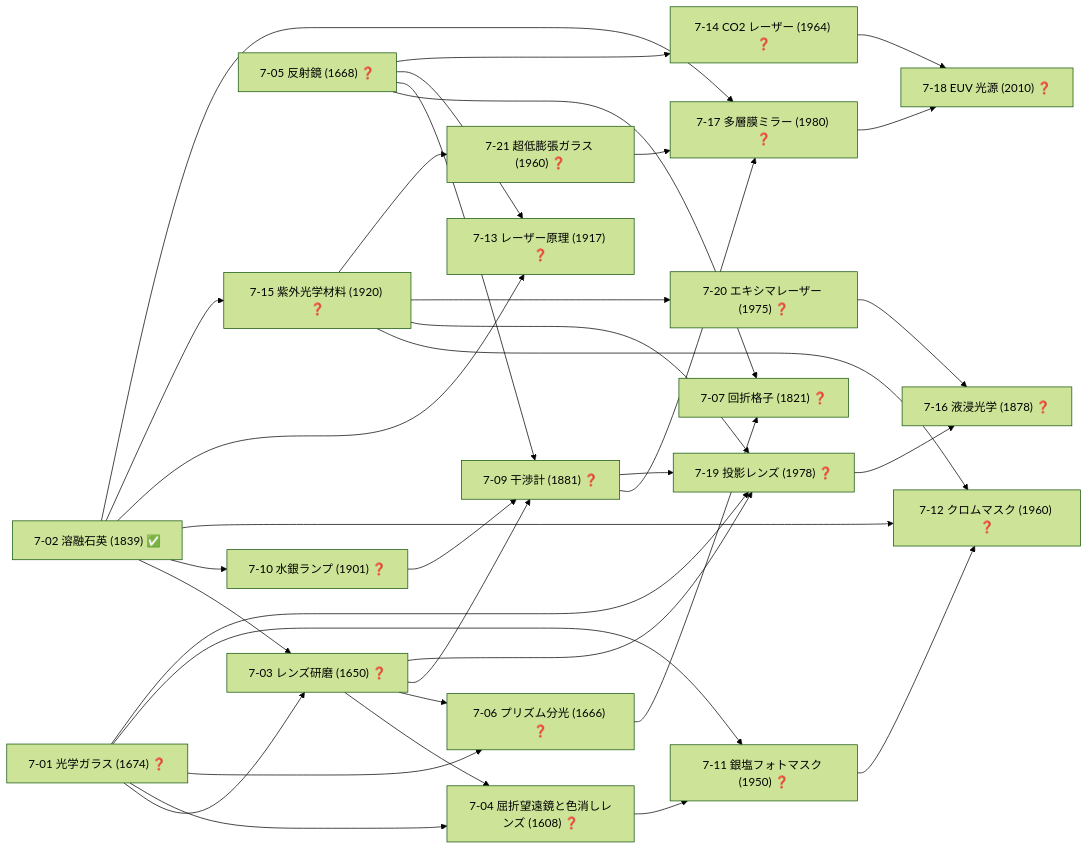
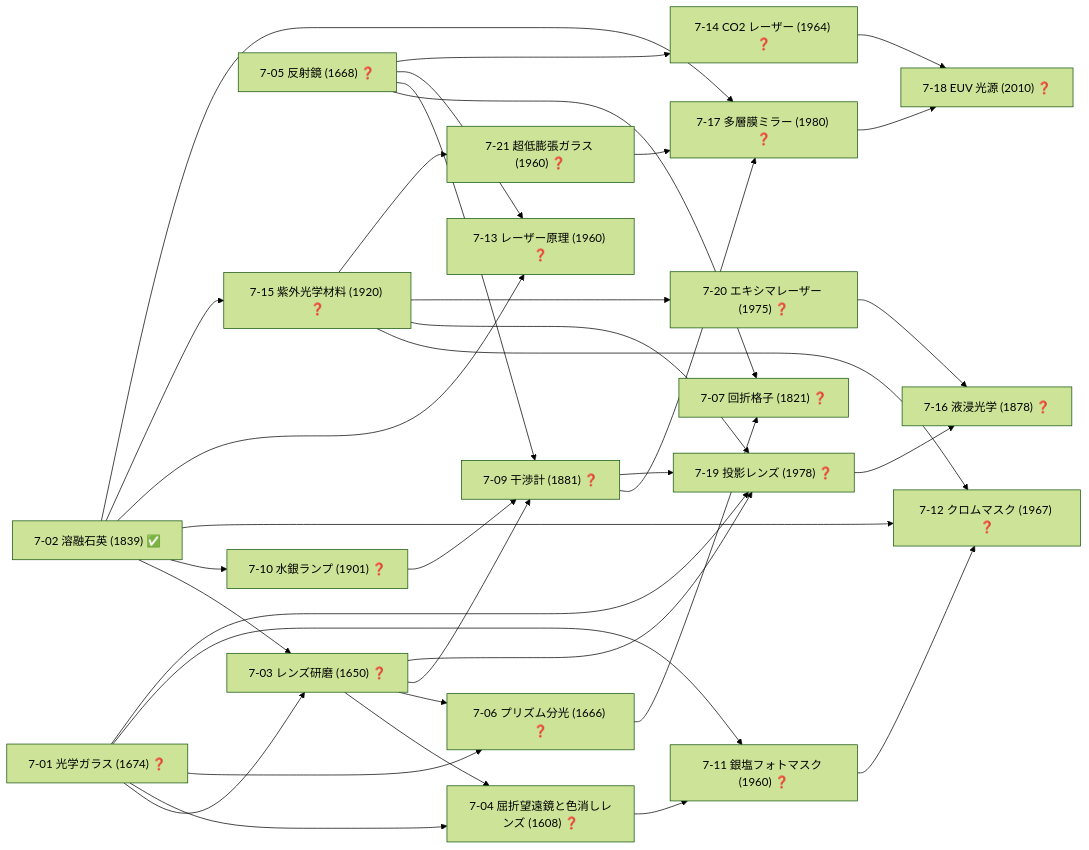
The tenth of 19 diagrams in docs/TECH_TREE_VIEW.md (taku3i0317-collab/semiconductor-lab), drawn with Mermaid (forest theme) before and after one commit. The commit also changed other lines of this file and 7 other files, not shown here.

````diff
--- a/docs/TECH_TREE_VIEW.md
+++ b/docs/TECH_TREE_VIEW.md
@@ -449,57 +449,57 @@
 ```mermaid
 graph LR
   n7_01["7-01 光学ガラス (1674) ❓"]
   n7_02["7-02 溶融石英 (1839) ✅"]
   n7_03["7-03 レンズ研磨 (1650) ❓"]
   n7_04["7-04 屈折望遠鏡と色消しレンズ (1608) ❓"]
   n7_05["7-05 反射鏡 (1668) ❓"]
   n7_06["7-06 プリズム分光 (1666) ❓"]
   n7_07["7-07 回折格子 (1821) ❓"]
   n7_09["7-09 干渉計 (1881) ❓"]
   n7_10["7-10 水銀ランプ (1901) ❓"]
-  n7_11["7-11 銀塩フォトマスク (1950) ❓"]
-  n7_12["7-12 クロムマスク (1960) ❓"]
-  n7_13["7-13 レーザー原理 (1917) ❓"]
+  n7_11["7-11 銀塩フォトマスク (1960) ❓"]
+  n7_12["7-12 クロムマスク (1967) ❓"]
+  n7_13["7-13 レーザー原理 (1960) ❓"]
   n7_14["7-14 CO2 レーザー (1964) ❓"]
   n7_15["7-15 紫外光学材料 (1920) ❓"]
   n7_16["7-16 液浸光学 (1878) ❓"]
   n7_17["7-17 多層膜ミラー (1980) ❓"]
   n7_18["7-18 EUV 光源 (2010) ❓"]
   n7_19["7-19 投影レンズ (1978) ❓"]
   n7_20["7-20 エキシマレーザー (1975) ❓"]
   n7_21["7-21 超低膨張ガラス (1960) ❓"]
   n7_01-->n7_03
   n7_02-->n7_03
   n7_01-->n7_04
   n7_03-->n7_04
   n7_01-->n7_06
   n7_03-->n7_06
   n7_05-->n7_07
   n7_06-->n7_07
   n7_03-->n7_09
   n7_05-->n7_09
   n7_10-->n7_09
   n7_02-->n7_10
   n7_01-->n7_11
   n7_04-->n7_11
   n7_02-->n7_12
   n7_11-->n7_12
   n7_15-->n7_12
   n7_02-->n7_13
   n7_05-->n7_13
   n7_05-->n7_14
   n7_02-->n7_15
   n7_19-->n7_16
   n7_20-->n7_16
   n7_02-->n7_17
   n7_09-->n7_17
   n7_21-->n7_17
   n7_14-->n7_18
   n7_17-->n7_18
   n7_01-->n7_19
   n7_03-->n7_19
   n7_09-->n7_19
   n7_15-->n7_19
   n7_15-->n7_20
   n7_15-->n7_21
 ```
````
